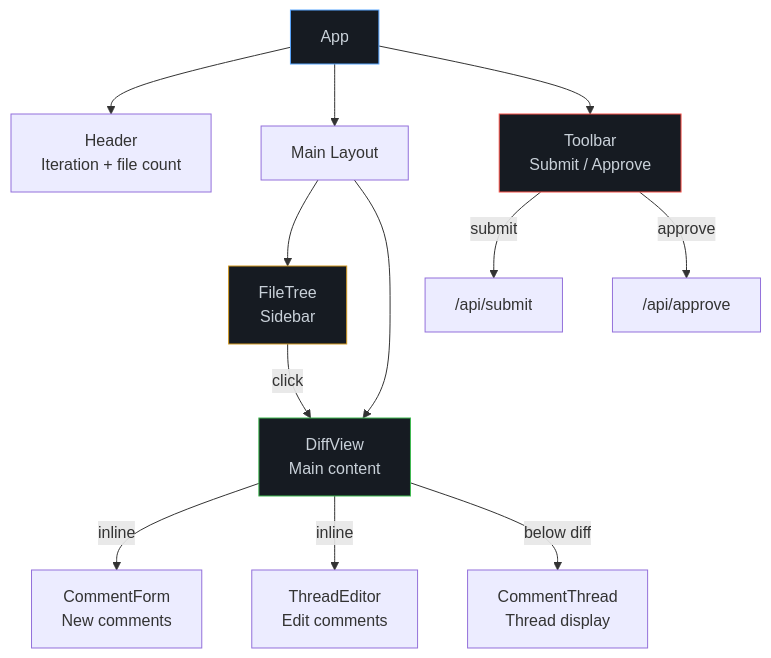
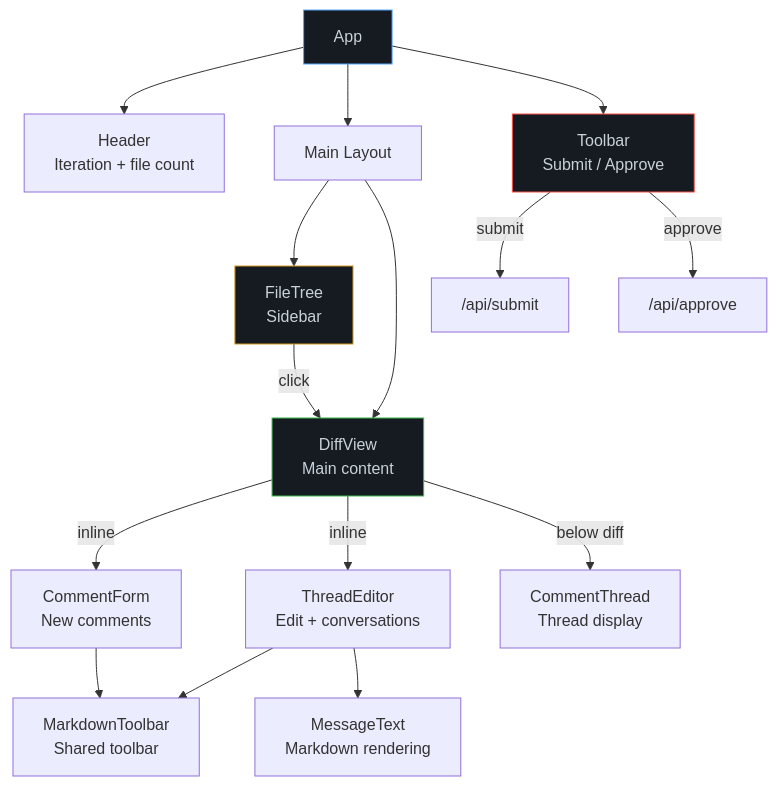
The third of 4 diagrams in docs/architecture.md (KYONY/diffloop), drawn with Mermaid before and after one commit. The commit also changed other lines of this file and 3 other files, not shown here.

Commit message:
docs: update README, add LICENSE, refresh API and architecture docs

````diff
--- a/docs/architecture.md
+++ b/docs/architecture.md
@@ -95,22 +95,25 @@
 ```mermaid
 graph TD
     APP[App] --> HEADER[Header<br/>Iteration + file count]
     APP --> MAIN[Main Layout]
     APP --> TOOLBAR[Toolbar<br/>Submit / Approve]
 
     MAIN --> FILETREE[FileTree<br/>Sidebar]
     MAIN --> DIFFVIEW[DiffView<br/>Main content]
 
     DIFFVIEW --> |inline| CF[CommentForm<br/>New comments]
-    DIFFVIEW --> |inline| TE[ThreadEditor<br/>Edit comments]
+    DIFFVIEW --> |inline| TE[ThreadEditor<br/>Edit + conversations]
     DIFFVIEW --> |below diff| CT[CommentThread<br/>Thread display]
+    CF --> MDT[MarkdownToolbar<br/>Shared toolbar]
+    TE --> MDT
+    TE --> MT[MessageText<br/>Markdown rendering]
 
     FILETREE --> |click| DIFFVIEW
     TOOLBAR --> |submit| API["/api/submit"]
     TOOLBAR --> |approve| API2["/api/approve"]
 
     style APP fill:#161b22,stroke:#58a6ff,color:#c9d1d9
     style DIFFVIEW fill:#161b22,stroke:#3fb950,color:#c9d1d9
     style FILETREE fill:#161b22,stroke:#d29922,color:#c9d1d9
     style TOOLBAR fill:#161b22,stroke:#f85149,color:#c9d1d9
 ```
````
